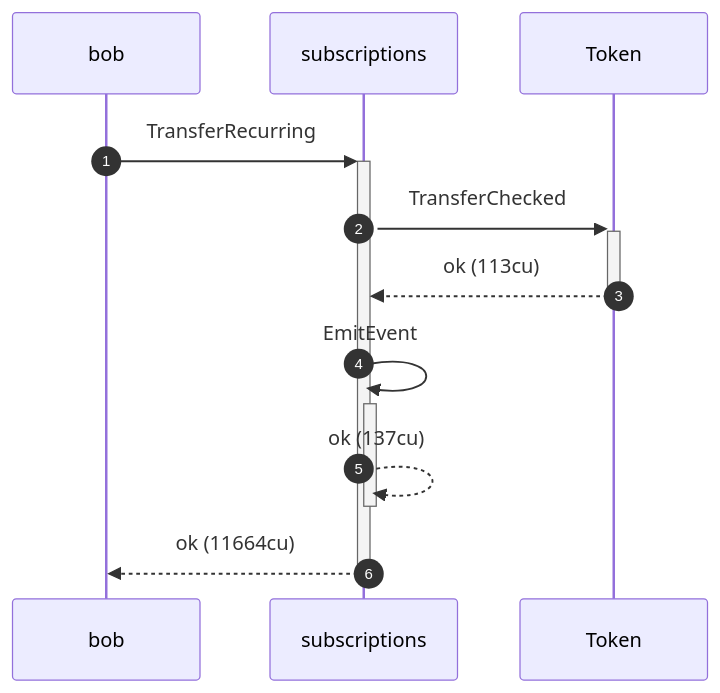
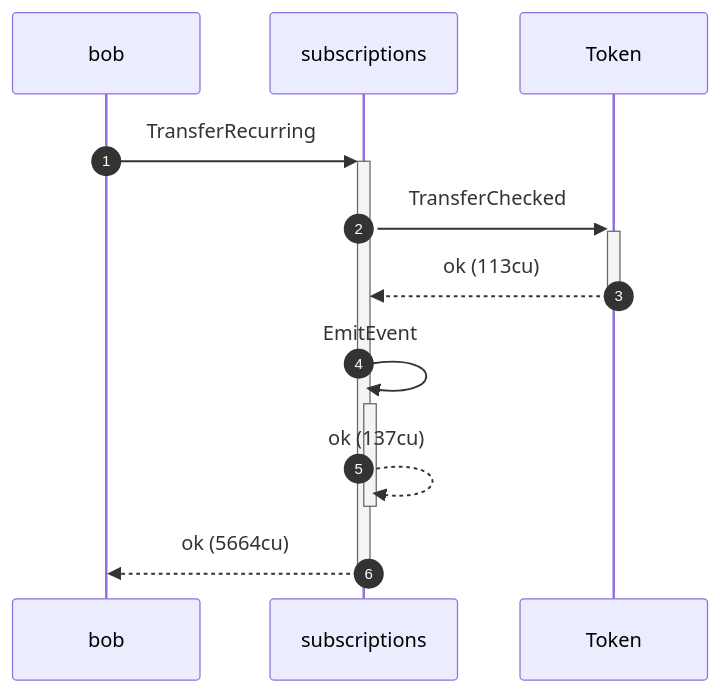
Before and after one commit to cds-rs/subscriptions: the tenth of 12 diagrams in dsl_tests/recurring-transfer-before-the-start-time-is-refused.md, drawn with Mermaid. The commit also changed other lines of this file and 224 other files, not shown here.

````diff
--- a/dsl_tests/recurring-transfer-before-the-start-time-is-refused.md
+++ b/dsl_tests/recurring-transfer-before-the-start-time-is-refused.md
@@ -219,13 +229,13 @@
 ```mermaid
 sequenceDiagram
     autonumber
     participant bob
     participant subscriptions
     participant Token
     bob ->>+ subscriptions: TransferRecurring
     subscriptions ->>+ Token: TransferChecked
     Token -->>- subscriptions: ok (113cu)
     subscriptions ->>+ subscriptions: EmitEvent
     subscriptions -->>- subscriptions: ok (137cu)
-    subscriptions -->>- bob: ok (11664cu)
+    subscriptions -->>- bob: ok (5664cu)
 ```
````
